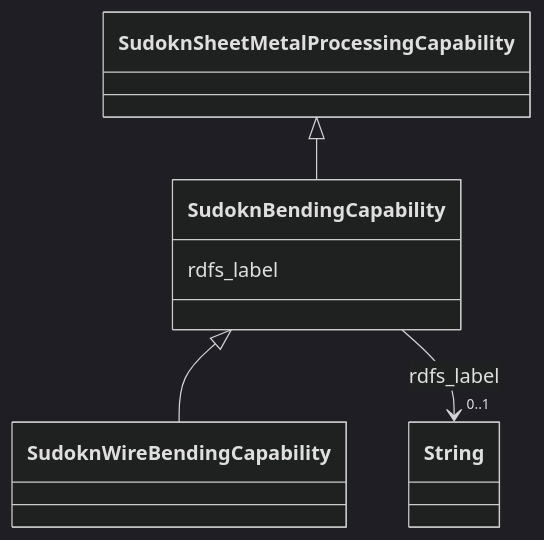
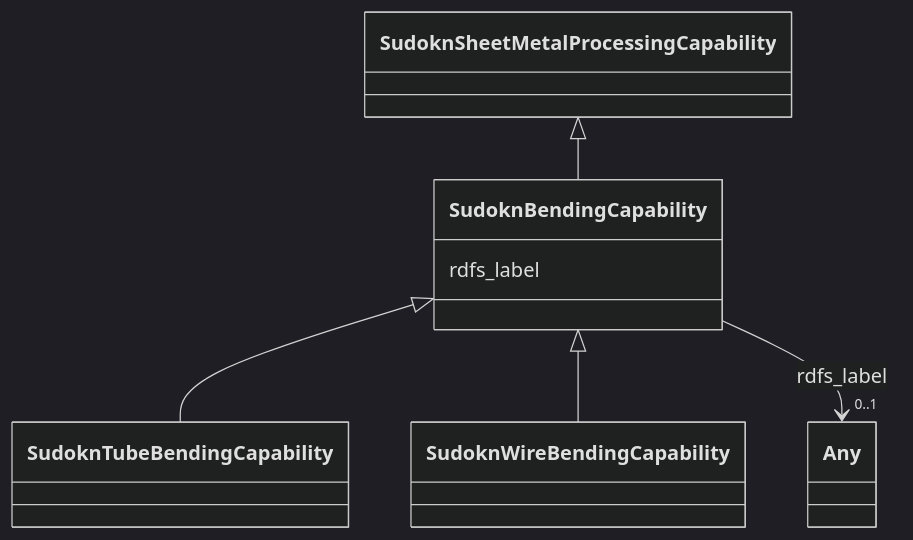
Before and after one commit to frink-okn/graph-descriptions: the diagram in sudokn-kg/classes/SudoknBendingCapability.md, drawn with Mermaid (dark theme). The commit also changed other lines of this file and 903 other files, not shown here.

````diff
--- a/sudokn-kg/classes/SudoknBendingCapability.md
+++ b/sudokn-kg/classes/SudoknBendingCapability.md
@@ -23,23 +18,25 @@
 ```mermaid
  classDiagram
     class SudoknBendingCapability
     click SudoknBendingCapability href "../SudoknBendingCapability"
       SudoknSheetMetalProcessingCapability <|-- SudoknBendingCapability
         click SudoknSheetMetalProcessingCapability href "../SudoknSheetMetalProcessingCapability"
       
 
+      SudoknBendingCapability <|-- SudoknTubeBendingCapability
+        click SudoknTubeBendingCapability href "../SudoknTubeBendingCapability"
       SudoknBendingCapability <|-- SudoknWireBendingCapability
         click SudoknWireBendingCapability href "../SudoknWireBendingCapability"
       
       
       SudoknBendingCapability : rdfs_label
         
           
     
     
-    SudoknBendingCapability --> "0..1" String : rdfs_label
-    click String href "../String"
+    SudoknBendingCapability --> "0..1" Any : rdfs_label
+    click Any href "../Any"
 
         
       
 ```
````
